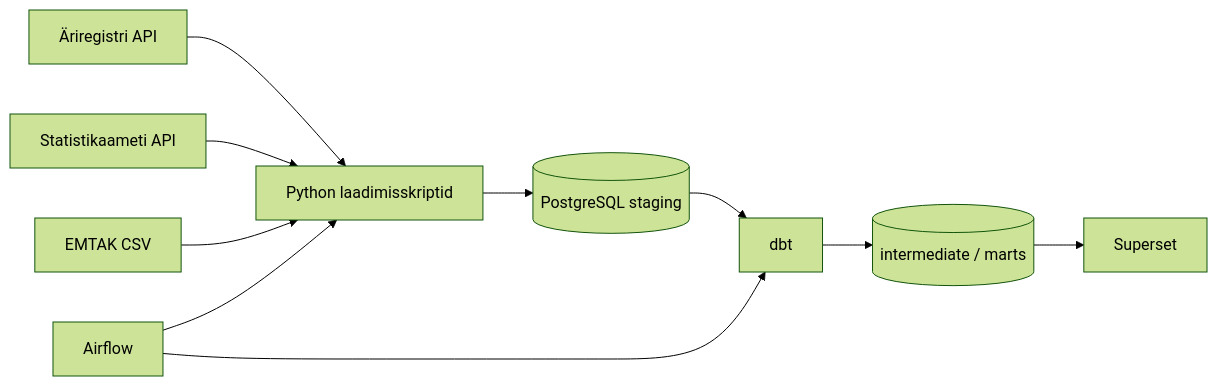
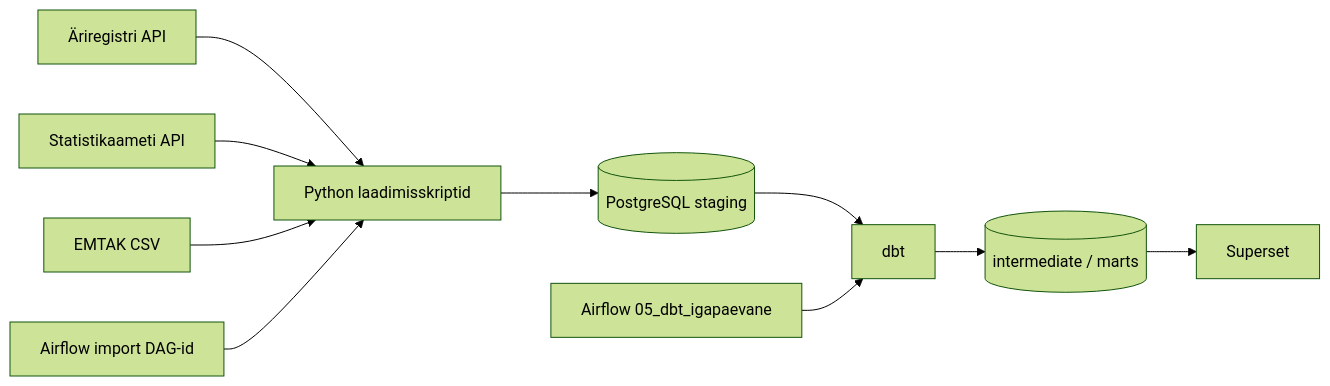
One commit to svaino/andmeinseneride-projekt changed the diagram in README.md. Above: the diagram before and after it, drawn with Mermaid (forest theme). The commit also changed other lines of this file and 8 other files, not shown here.

Commit message:
Fix Separate airflow dags, import and dbt

````diff
--- a/README.md
+++ b/README.md
@@ -37,12 +37,12 @@
 ```mermaid
 flowchart LR
     A[Äriregistri API] --> B[Python laadimisskriptid]
     S[Statistikaameti API] --> B
     F[EMTAK CSV] --> B
     B --> C[(PostgreSQL staging)]
     C --> D[dbt]
     D --> E[(intermediate / marts)]
     E --> G[Superset]
-    H[Airflow] --> B
-    H --> D
+    H1[Airflow import DAG-id] --> B
+    H2[Airflow 05_dbt_igapaevane] --> D
 ```
````
